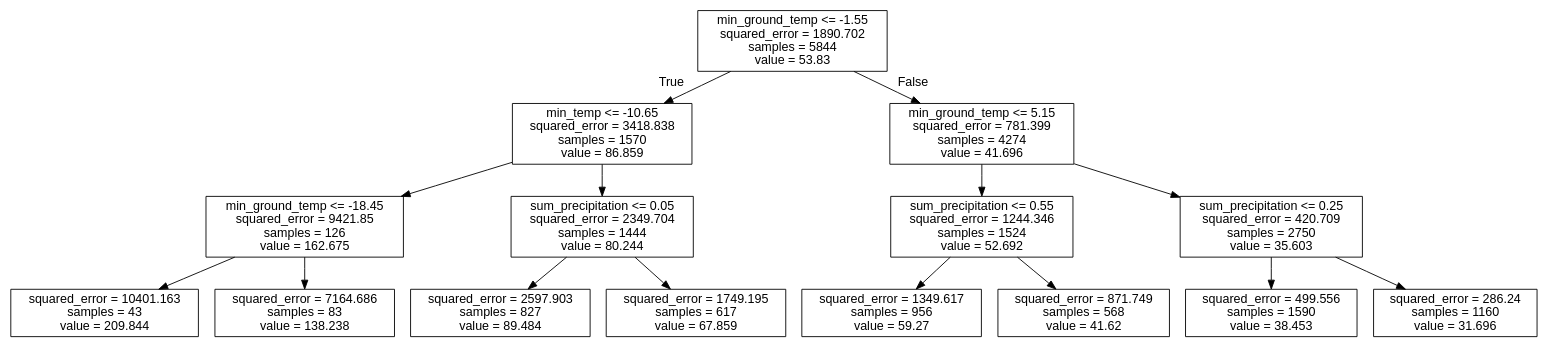
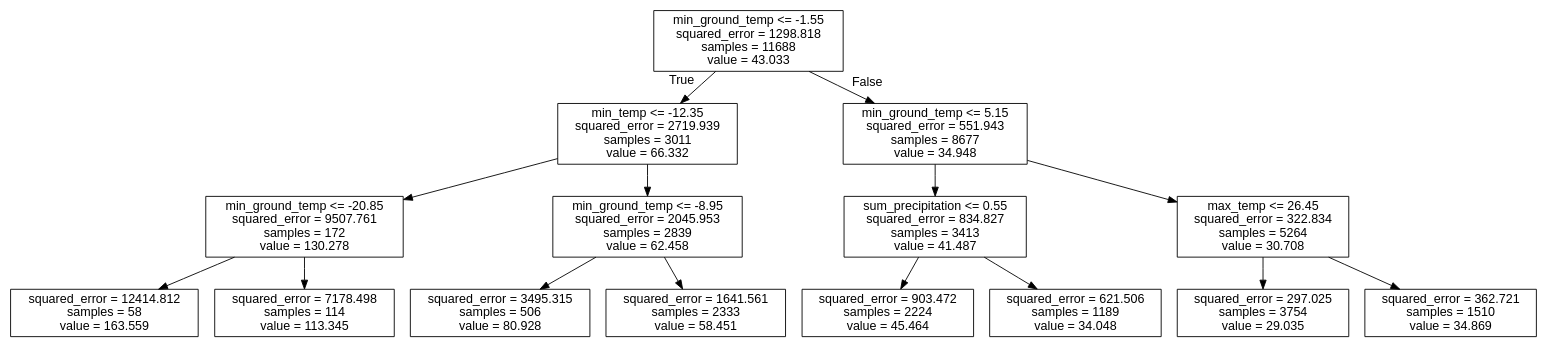
One commit to piotrkumala/magisterka-kod changed the diagram in tree.dot. Above: the diagram before and after it, drawn with Graphviz. The commit also changed 10 other files, not shown here.

```diff
--- a/tree.dot
+++ b/tree.dot
@@ -1,33 +1,33 @@
 digraph Tree {
 node [shape=box, fontname="helvetica"] ;
 edge [fontname="helvetica"] ;
-0 [label="min_ground_temp <= -1.55\nsquared_error = 1890.702\nsamples = 5844\nvalue = 53.83"] ;
-1 [label="min_temp <= -10.65\nsquared_error = 3418.838\nsamples = 1570\nvalue = 86.859"] ;
+0 [label="min_ground_temp <= -1.55\nsquared_error = 1298.818\nsamples = 11688\nvalue = 43.033"] ;
+1 [label="min_temp <= -12.35\nsquared_error = 2719.939\nsamples = 3011\nvalue = 66.332"] ;
 0 -> 1 [labeldistance=2.5, labelangle=45, headlabel="True"] ;
-2 [label="min_ground_temp <= -18.45\nsquared_error = 9421.85\nsamples = 126\nvalue = 162.675"] ;
+2 [label="min_ground_temp <= -20.85\nsquared_error = 9507.761\nsamples = 172\nvalue = 130.278"] ;
 1 -> 2 ;
-3 [label="squared_error = 10401.163\nsamples = 43\nvalue = 209.844"] ;
+3 [label="squared_error = 12414.812\nsamples = 58\nvalue = 163.559"] ;
 2 -> 3 ;
-4 [label="squared_error = 7164.686\nsamples = 83\nvalue = 138.238"] ;
+4 [label="squared_error = 7178.498\nsamples = 114\nvalue = 113.345"] ;
 2 -> 4 ;
-5 [label="sum_precipitation <= 0.05\nsquared_error = 2349.704\nsamples = 1444\nvalue = 80.244"] ;
+5 [label="min_ground_temp <= -8.95\nsquared_error = 2045.953\nsamples = 2839\nvalue = 62.458"] ;
 1 -> 5 ;
-6 [label="squared_error = 2597.903\nsamples = 827\nvalue = 89.484"] ;
+6 [label="squared_error = 3495.315\nsamples = 506\nvalue = 80.928"] ;
 5 -> 6 ;
-7 [label="squared_error = 1749.195\nsamples = 617\nvalue = 67.859"] ;
+7 [label="squared_error = 1641.561\nsamples = 2333\nvalue = 58.451"] ;
 5 -> 7 ;
-8 [label="min_ground_temp <= 5.15\nsquared_error = 781.399\nsamples = 4274\nvalue = 41.696"] ;
+8 [label="min_ground_temp <= 5.15\nsquared_error = 551.943\nsamples = 8677\nvalue = 34.948"] ;
 0 -> 8 [labeldistance=2.5, labelangle=-45, headlabel="False"] ;
-9 [label="sum_precipitation <= 0.55\nsquared_error = 1244.346\nsamples = 1524\nvalue = 52.692"] ;
+9 [label="sum_precipitation <= 0.55\nsquared_error = 834.827\nsamples = 3413\nvalue = 41.487"] ;
 8 -> 9 ;
-10 [label="squared_error = 1349.617\nsamples = 956\nvalue = 59.27"] ;
+10 [label="squared_error = 903.472\nsamples = 2224\nvalue = 45.464"] ;
 9 -> 10 ;
-11 [label="squared_error = 871.749\nsamples = 568\nvalue = 41.62"] ;
+11 [label="squared_error = 621.506\nsamples = 1189\nvalue = 34.048"] ;
 9 -> 11 ;
-12 [label="sum_precipitation <= 0.25\nsquared_error = 420.709\nsamples = 2750\nvalue = 35.603"] ;
+12 [label="max_temp <= 26.45\nsquared_error = 322.834\nsamples = 5264\nvalue = 30.708"] ;
 8 -> 12 ;
-13 [label="squared_error = 499.556\nsamples = 1590\nvalue = 38.453"] ;
+13 [label="squared_error = 297.025\nsamples = 3754\nvalue = 29.035"] ;
 12 -> 13 ;
-14 [label="squared_error = 286.24\nsamples = 1160\nvalue = 31.696"] ;
+14 [label="squared_error = 362.721\nsamples = 1510\nvalue = 34.869"] ;
 12 -> 14 ;
 }
```
